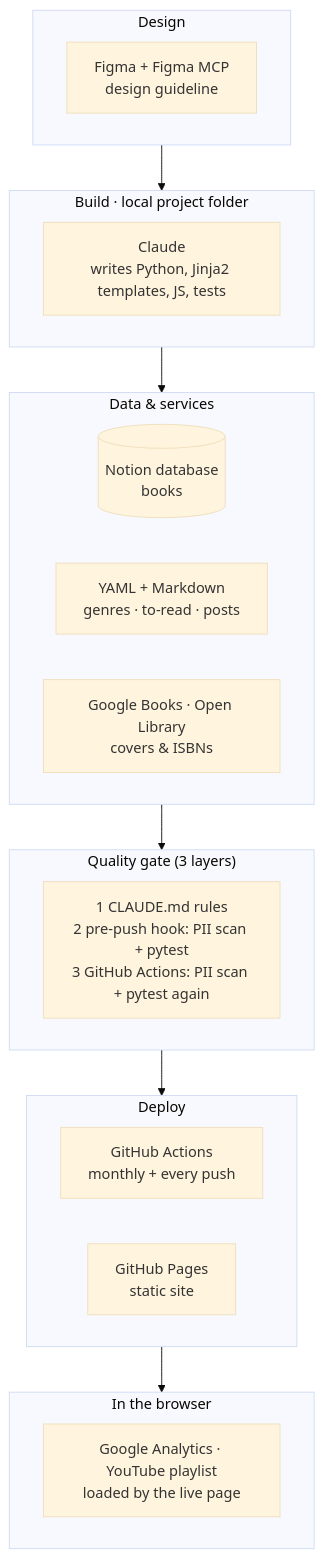
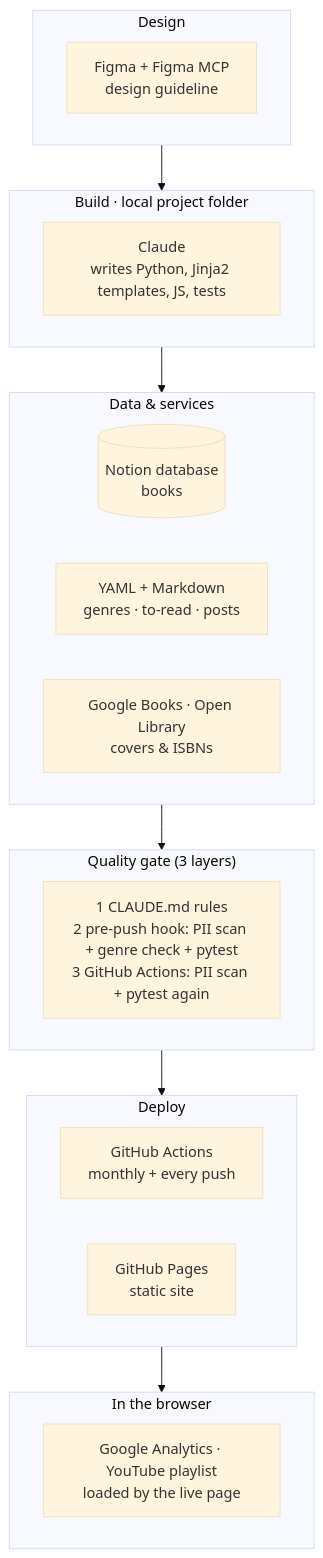
One commit to maudes/library changed the first of 2 diagrams in README.md. Above: the diagram before and after it, drawn with Mermaid (base theme). The commit also changed other lines of this file and 10 other files, not shown here.

````diff
--- a/README.md
+++ b/README.md
@@ -37,25 +37,25 @@
 ```mermaid
 flowchart TB
     subgraph L1["Design"]
         F["Figma + Figma MCP<br/>design guideline"]
     end
     subgraph L2["Build · local project folder"]
         C["Claude<br/>writes Python, Jinja2 templates, JS, tests"]
     end
     subgraph L3["Data & services"]
         N[("Notion database<br/>books")]
         Y["YAML + Markdown<br/>genres · to-read · posts"]
         G["Google Books · Open Library<br/>covers & ISBNs"]
     end
     subgraph L4["Quality gate (3 layers)"]
-        T["1 CLAUDE.md rules<br/>2 pre-push hook: PII scan + pytest<br/>3 GitHub Actions: PII scan + pytest again"]
+        T["1 CLAUDE.md rules<br/>2 pre-push hook: PII scan + genre check + pytest<br/>3 GitHub Actions: PII scan + pytest again"]
     end
     subgraph L5["Deploy"]
         A["GitHub Actions<br/>monthly + every push"]
         P["GitHub Pages<br/>static site"]
     end
     subgraph L6["In the browser"]
         R["Google Analytics · YouTube playlist<br/>loaded by the live page"]
     end
     L1 --> L2 --> L3 --> L4 --> L5 --> L6
 ```
````
